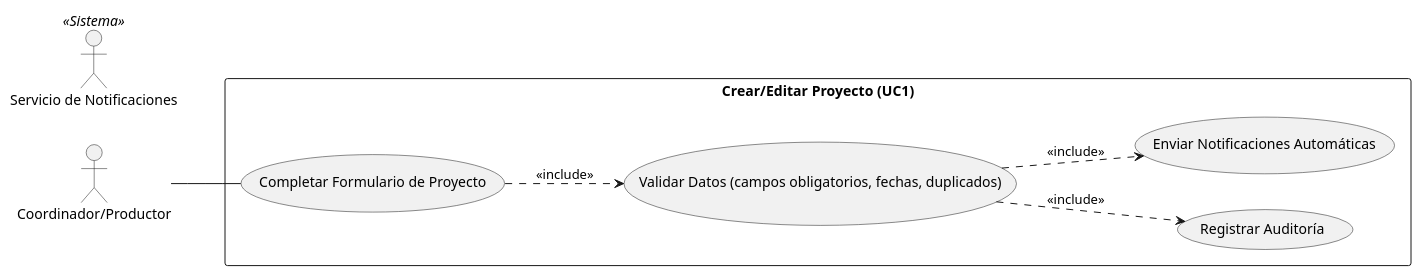
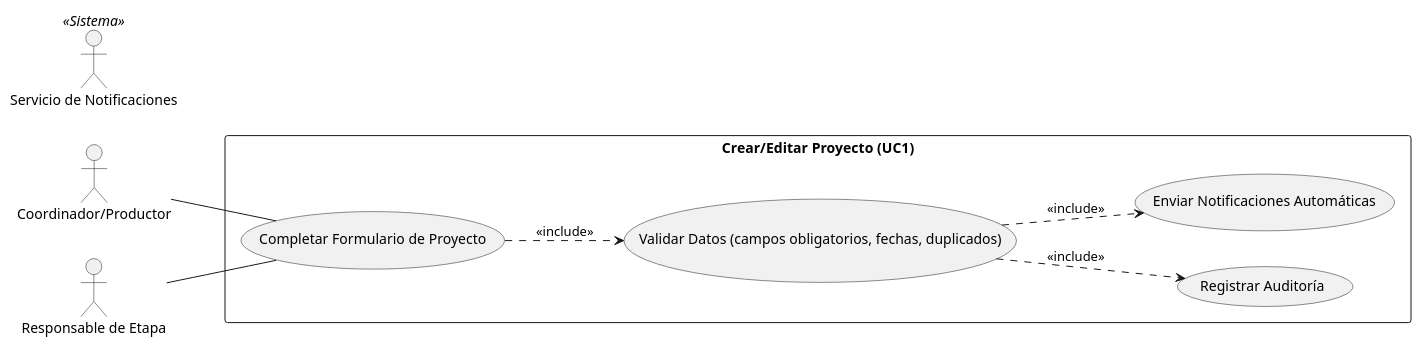
The diagram in diagramas/02-casos-de-uso/02-caso-uso-crear-editar-proyecto-01.puml (GonzaloBarbano/SistemaProductoraVideos), drawn with PlantUML before and after one commit. The commit also changed 4 other files, not shown here.

```diff
--- a/diagramas/02-casos-de-uso/02-caso-uso-crear-editar-proyecto-01.puml
+++ b/diagramas/02-casos-de-uso/02-caso-uso-crear-editar-proyecto-01.puml
@@ -1,20 +1,22 @@
 @startuml
 left to right direction
 
 actor "Coordinador/Productor" as Prod
+actor "Responsable de Etapa" as RespEtapa
 actor "Servicio de Notificaciones" as Notif <<Sistema>>
 
 rectangle "Crear/Editar Proyecto (UC1)" {
     usecase "Completar Formulario de Proyecto" as Form
     usecase "Validar Datos (campos obligatorios, fechas, duplicados)" as Valida
     usecase "Registrar Auditoría" as Audit
     usecase "Enviar Notificaciones Automáticas" as UC5
 }
 
-' Relaciones
 Prod -- Form
+RespEtapa -- Form
+
 Form ..> Valida : <<include>>
 Valida ..> Audit : <<include>>
 Valida ..> UC5 : <<include>>
 
 @enduml
```
